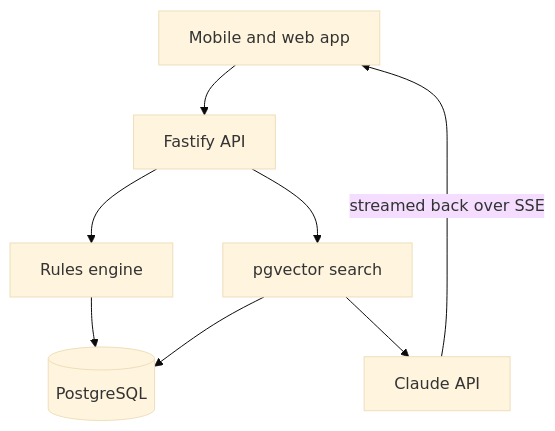
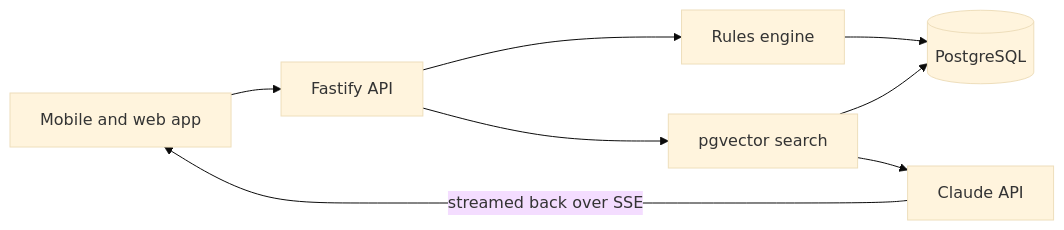
Before and after one commit to LordMaduz/LordMaduz: the second of 2 diagrams in README.md, drawn with Mermaid (base theme). The commit also changed other lines of this file, not shown here.

Commit message:
Lay out profile diagrams left to right to cut their height

````diff
--- a/README.md
+++ b/README.md
@@ -27,8 +27,8 @@
 ```mermaid
-flowchart TD
+flowchart LR
   U["Mobile and web app"] --> API["Fastify API"]
   API --> R["Rules engine"] --> DB[("PostgreSQL")]
   API --> S["pgvector search"] --> DB
   S --> CL["Claude API"]
   CL -- "streamed back over SSE" --> U
 ```
````
